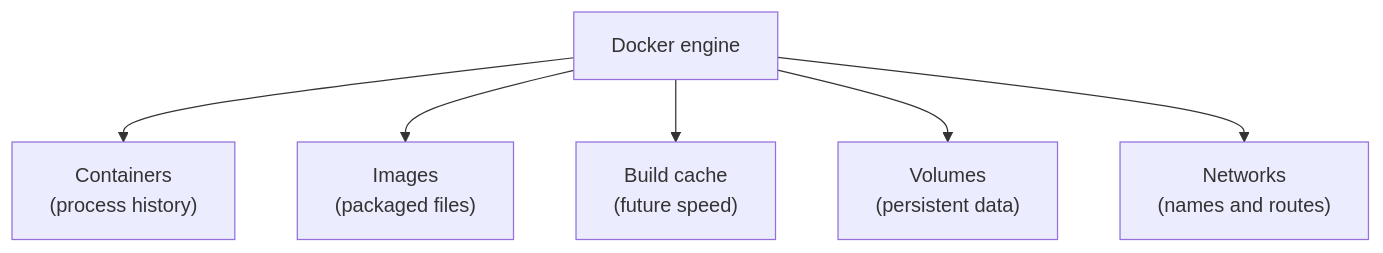
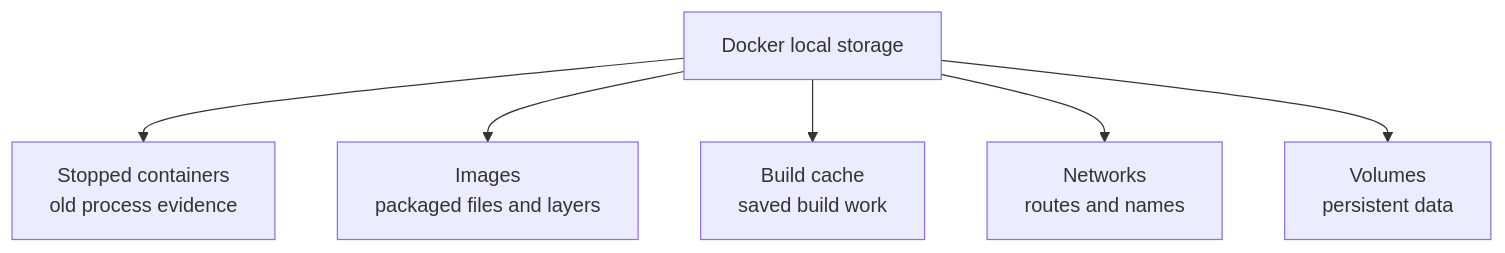
The diagram in containers-orchestration/docker/operations/cleanup-and-prune.md (senlinyy/dev-roadmaps), drawn with Mermaid before and after one commit. The commit also changed other lines of this file and 610 other files, not shown here.

````diff
--- a/containers-orchestration/docker/operations/cleanup-and-prune.md
+++ b/containers-orchestration/docker/operations/cleanup-and-prune.md
@@ -47,15 +35,15 @@
 ```mermaid
 flowchart TD
-    Engine["Docker engine"]
-    Containers["Containers<br/>(process history)"]
-    Images["Images<br/>(packaged files)"]
-    Cache["Build cache<br/>(future speed)"]
-    Volumes["Volumes<br/>(persistent data)"]
-    Networks["Networks<br/>(names and routes)"]
+    Docker["Docker local storage"]
+    Containers["Stopped containers<br/>old process evidence"]
+    Images["Images<br/>packaged files and layers"]
+    Cache["Build cache<br/>saved build work"]
+    Networks["Networks<br/>routes and names"]
+    Volumes["Volumes<br/>persistent data"]
 
-    Engine --> Containers
-    Engine --> Images
-    Engine --> Cache
-    Engine --> Volumes
-    Engine --> Networks
+    Docker --> Containers
+    Docker --> Images
+    Docker --> Cache
+    Docker --> Networks
+    Docker --> Volumes
 ```
````
